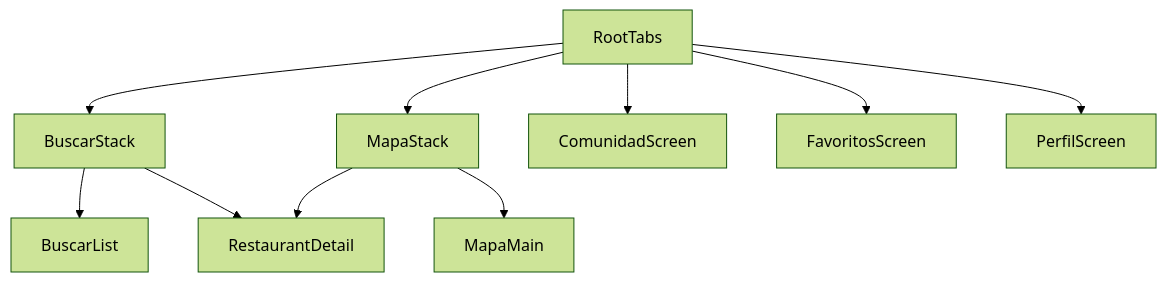
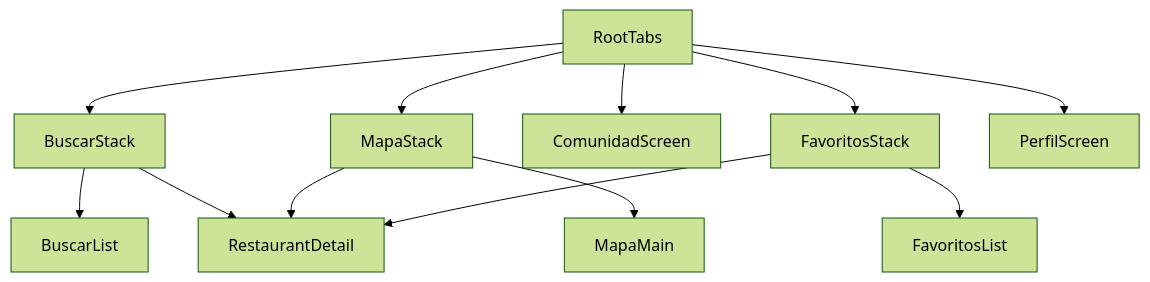
The diagram in README.md (CeliacSafe/celiacsafe), drawn with Mermaid (forest theme) before and after one commit. The commit also changed other lines of this file and 15 other files, not shown here.

First line of the commit message:
M07: Favoriten-Store mit AsyncStorage-Persistenz, HeartButton, FavoritosScreen

````diff
--- a/README.md
+++ b/README.md
@@ -186,13 +212,15 @@
 ```mermaid
 graph TD
   RootTabs
   RootTabs --> BuscarStack
   BuscarStack --> BuscarList
   BuscarStack --> RestaurantDetail
   RootTabs --> MapaStack
   MapaStack --> MapaMain
   MapaStack --> RestaurantDetail
   RootTabs --> ComunidadScreen
-  RootTabs --> FavoritosScreen
+  RootTabs --> FavoritosStack
+  FavoritosStack --> FavoritosList
+  FavoritosStack --> RestaurantDetail
   RootTabs --> PerfilScreen
 ```
````
